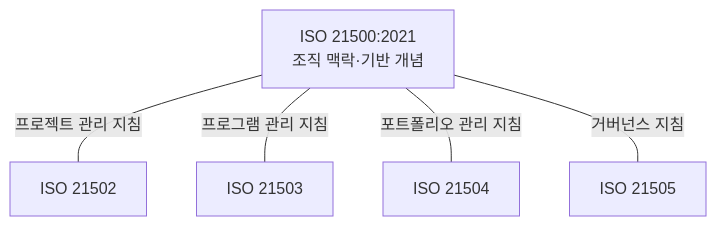
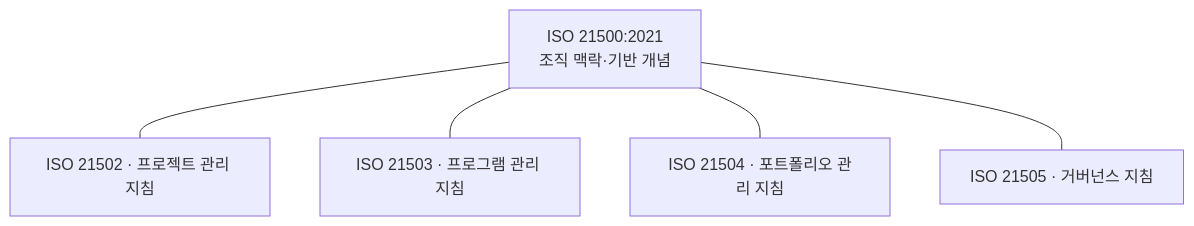
The first of 3 diagrams in src/content/docs/notes/itpe/01-it-strategy/043_iso_21500.md (agnusdei1207/study), drawn with Mermaid before and after one commit. The commit also changed other lines of this file and 30 other files, not shown here.

````diff
--- a/src/content/docs/notes/itpe/01-it-strategy/043_iso_21500.md
+++ b/src/content/docs/notes/itpe/01-it-strategy/043_iso_21500.md
@@ -59,7 +59,7 @@
 ```mermaid
 flowchart TD
-    C["ISO 21500:2021<br/>조직 맥락·기반 개념"] ---|"프로젝트 관리 지침"| P2["ISO 21502"]
-    C ---|"프로그램 관리 지침"| P3["ISO 21503"]
-    C ---|"포트폴리오 관리 지침"| P4["ISO 21504"]
-    C ---|"거버넌스 지침"| P5["ISO 21505"]
+    C["ISO 21500:2021<br/>조직 맥락·기반 개념"] --- P2["ISO 21502 · 프로젝트 관리 지침"]
+    C --- P3["ISO 21503 · 프로그램 관리 지침"]
+    C --- P4["ISO 21504 · 포트폴리오 관리 지침"]
+    C --- P5["ISO 21505 · 거버넌스 지침"]
 ```
````
